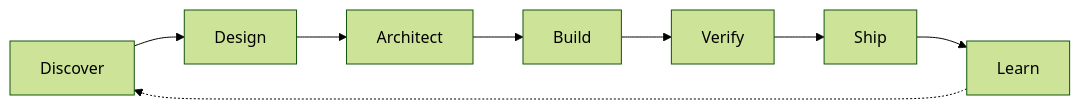
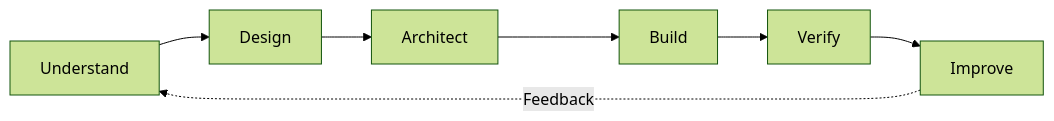
The diagram in README.md (mahamirmh/mahamirmh), drawn with Mermaid (forest theme) before and after one commit. The commit also changed other lines of this file, not shown here.

````diff
--- a/README.md
+++ b/README.md
@@ -153,10 +79,9 @@
 ```mermaid
 flowchart LR
-    A["Discover"] --> B["Design"]
+    A["Understand"] --> B["Design"]
     B --> C["Architect"]
     C --> D["Build"]
     D --> E["Verify"]
-    E --> F["Ship"]
-    F --> G["Learn"]
-    G -.-> A
+    E --> F["Improve"]
+    F -. "Feedback" .-> A
 ```
````
